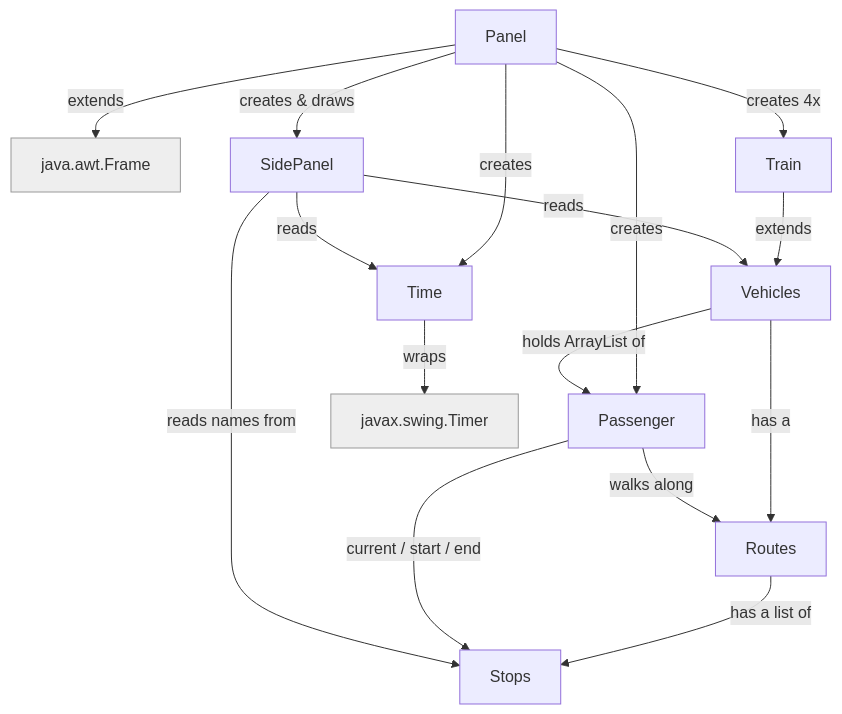
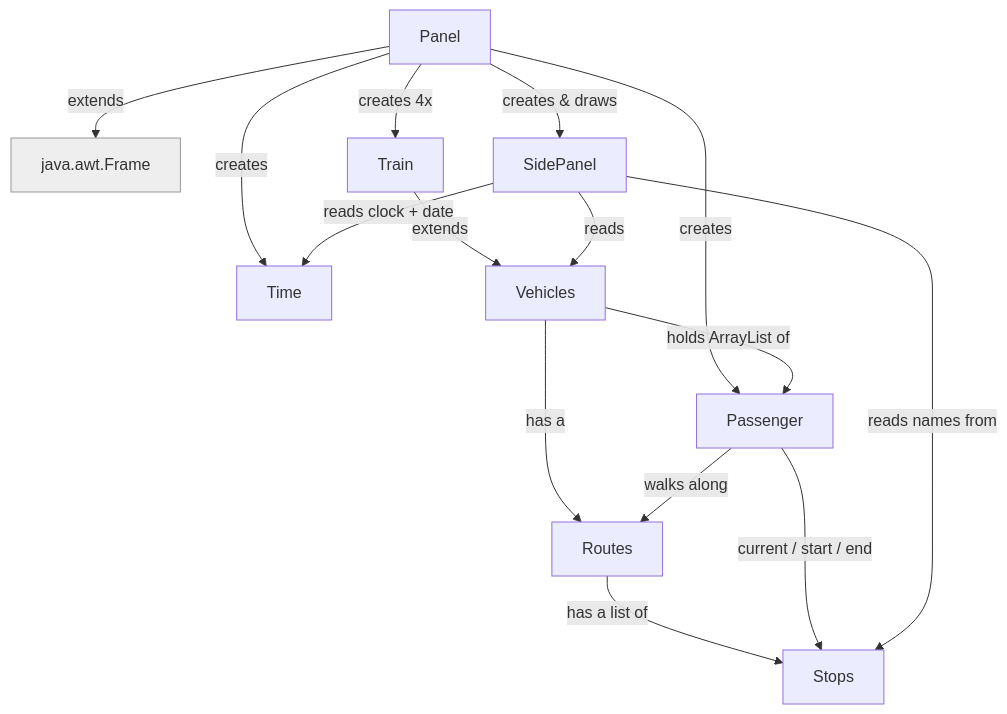
One commit to minwu85/comp2000-project changed the diagram in README.md. Above: the diagram before and after it, drawn with Mermaid. The commit also changed other lines of this file and 18 other files, not shown here.

````diff
--- a/README.md
+++ b/README.md
@@ -12,25 +12,24 @@
 ```mermaid
 graph TD
     Frame[java.awt.Frame]:::ext
     Panel -->|extends| Frame
     Panel -->|creates & draws| SidePanel
     Panel -->|creates 4x| Train
     Panel -->|creates| Passenger
     Panel -->|creates| Time
 
     Train -->|extends| Vehicles
     Vehicles -->|has a| Routes
     Vehicles -->|holds ArrayList of| Passenger
     Routes -->|has a list of| Stops
 
     Passenger -->|walks along| Routes
     Passenger -->|current / start / end| Stops
 
     SidePanel -->|reads| Vehicles
-    SidePanel -->|reads| Time
+    SidePanel -->|reads clock + date| Time
     SidePanel -->|reads names from| Stops
 
-    Time -->|wraps| Timer[javax.swing.Timer]:::ext
-
+ 
     classDef ext fill:#eee,stroke:#999,color:#333;
 ```
````
